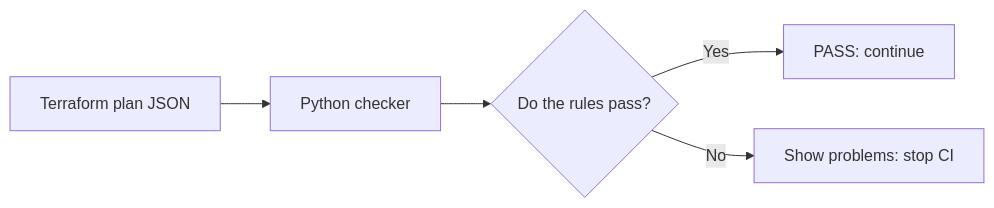
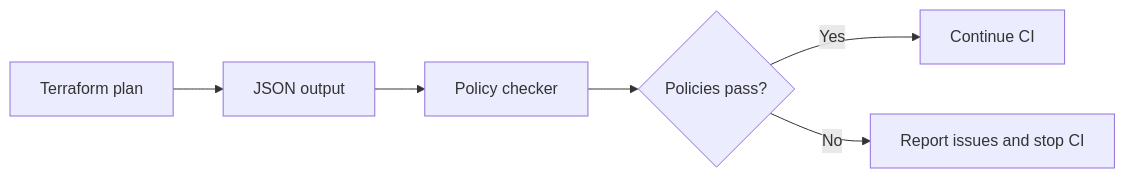
Before and after one commit to mhachem110/coding-clinic-problem-8-gcp: the first of 2 diagrams in PRESENTATION.md, drawn with Mermaid. The commit also changed other lines of this file, not shown here.

````diff
--- a/PRESENTATION.md
+++ b/PRESENTATION.md
@@ -25,7 +15,8 @@
 ```mermaid
 flowchart LR
-    A[Terraform plan JSON] --> B[Python checker]
-    B --> C{Do the rules pass?}
-    C -->|Yes| D[PASS: continue]
-    C -->|No| E[Show problems: stop CI]
+    A[Terraform plan] --> B[JSON output]
+    B --> C[Policy checker]
+    C --> D{Policies pass?}
+    D -->|Yes| E[Continue CI]
+    D -->|No| F[Report issues and stop CI]
 ```
````
